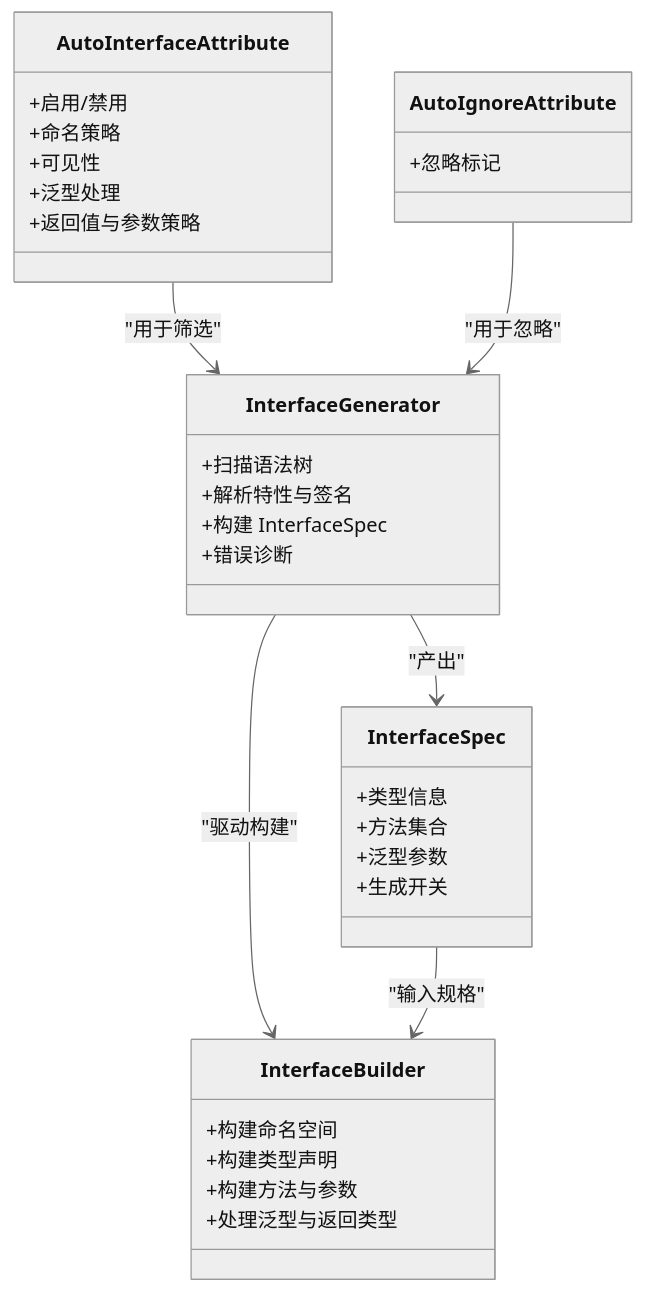
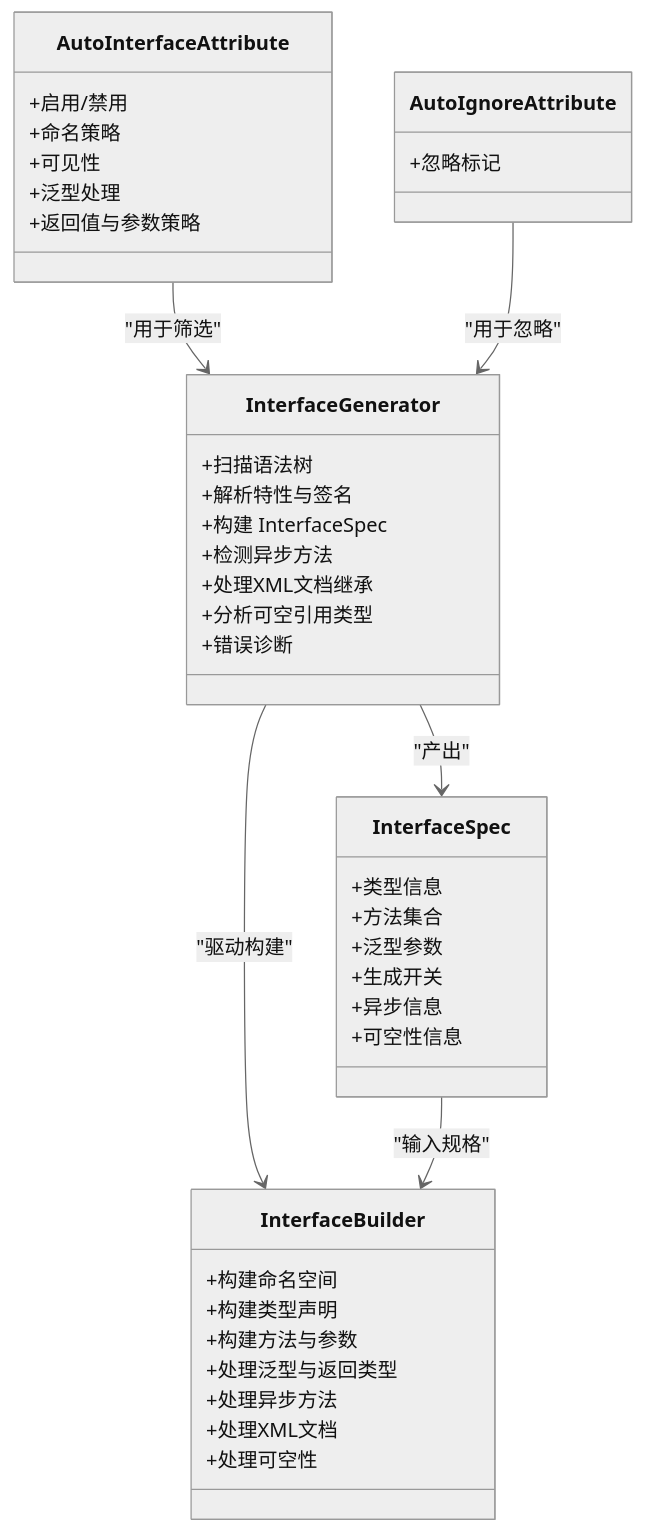
Before and after one commit to alivy/AutoCode: the third of 3 diagrams in .qoder/repowiki/zh/content/源代码生成器/接口生成器.md, drawn with Mermaid (neutral theme). The commit also changed other lines of this file and 8 other files, not shown here.

````diff
--- a/.qoder/repowiki/zh/content/源代码生成器/接口生成器.md
+++ b/.qoder/repowiki/zh/content/源代码生成器/接口生成器.md
@@ -262,36 +350,44 @@
 ```mermaid
 classDiagram
 class AutoInterfaceAttribute {
 +启用/禁用
 +命名策略
 +可见性
 +泛型处理
 +返回值与参数策略
 }
 class AutoIgnoreAttribute {
 +忽略标记
 }
 class InterfaceGenerator {
 +扫描语法树
 +解析特性与签名
 +构建 InterfaceSpec
++检测异步方法
++处理XML文档继承
++分析可空引用类型
 +错误诊断
 }
 class InterfaceSpec {
 +类型信息
 +方法集合
 +泛型参数
 +生成开关
++异步信息
++可空性信息
 }
 class InterfaceBuilder {
 +构建命名空间
 +构建类型声明
 +构建方法与参数
 +处理泛型与返回类型
++处理异步方法
++处理XML文档
++处理可空性
 }
 AutoInterfaceAttribute --> InterfaceGenerator : "用于筛选"
 AutoIgnoreAttribute --> InterfaceGenerator : "用于忽略"
 InterfaceGenerator --> InterfaceSpec : "产出"
 InterfaceGenerator --> InterfaceBuilder : "驱动构建"
 InterfaceSpec --> InterfaceBuilder : "输入规格"
 ```
````
